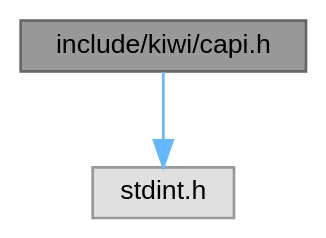
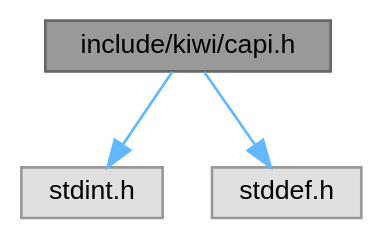
Before and after one commit to bab2min/Kiwi: the diagram in capi_8h__incl.dot, drawn with Graphviz. The commit also changed 61 other files, not shown here.

```diff
--- a/capi_8h__incl.dot
+++ b/capi_8h__incl.dot
@@ -1,10 +1,12 @@
 digraph "include/kiwi/capi.h"
 {
  // LATEX_PDF_SIZE
   bgcolor="transparent";
   edge [fontname=Helvetica,fontsize=10,labelfontname=Helvetica,labelfontsize=10];
   node [fontname=Helvetica,fontsize=10,shape=box,height=0.2,width=0.4];
   Node1 [id="Node000001",label="include/kiwi/capi.h",height=0.2,width=0.4,color="gray40", fillcolor="grey60", style="filled", fontcolor="black",tooltip="Kiwi C API를 담고 있는 헤더 파일"];
   Node1 -> Node2 [id="edge1_Node000001_Node000002",color="steelblue1",style="solid",tooltip=" "];
   Node2 [id="Node000002",label="stdint.h",height=0.2,width=0.4,color="grey60", fillcolor="#E0E0E0", style="filled",tooltip=" "];
+  Node1 -> Node3 [id="edge2_Node000001_Node000003",color="steelblue1",style="solid",tooltip=" "];
+  Node3 [id="Node000003",label="stddef.h",height=0.2,width=0.4,color="grey60", fillcolor="#E0E0E0", style="filled",tooltip=" "];
 }
```
